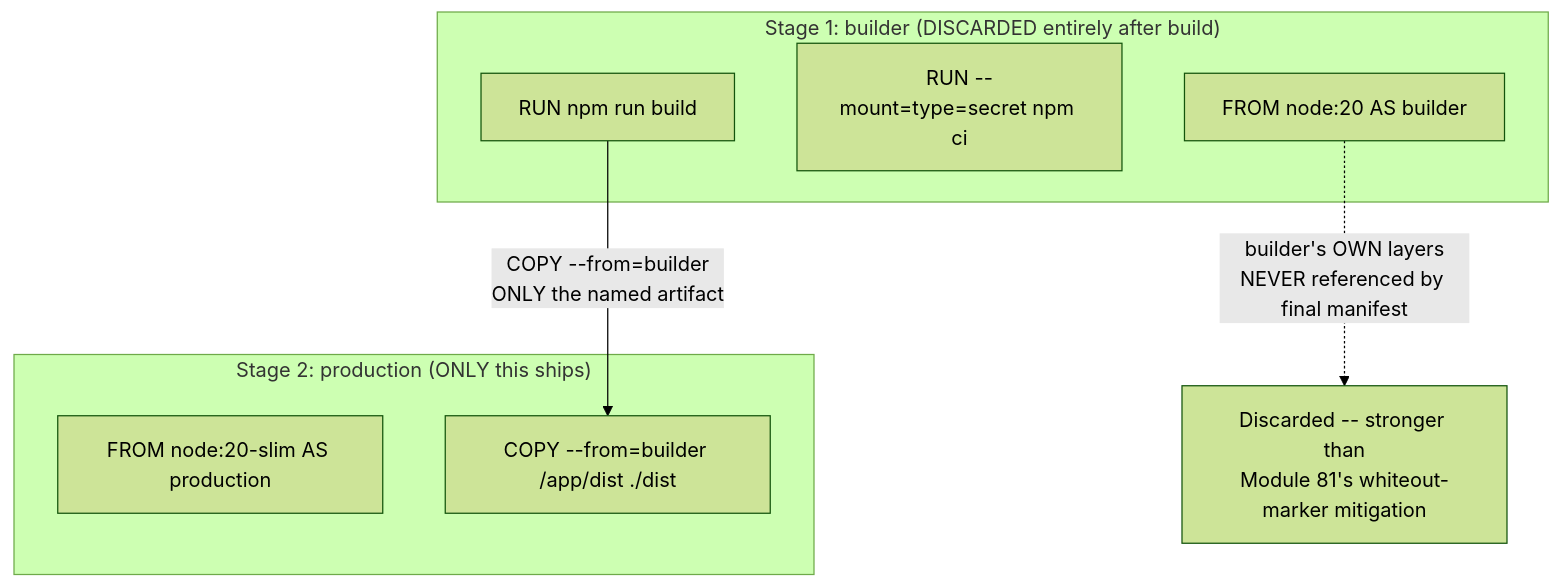
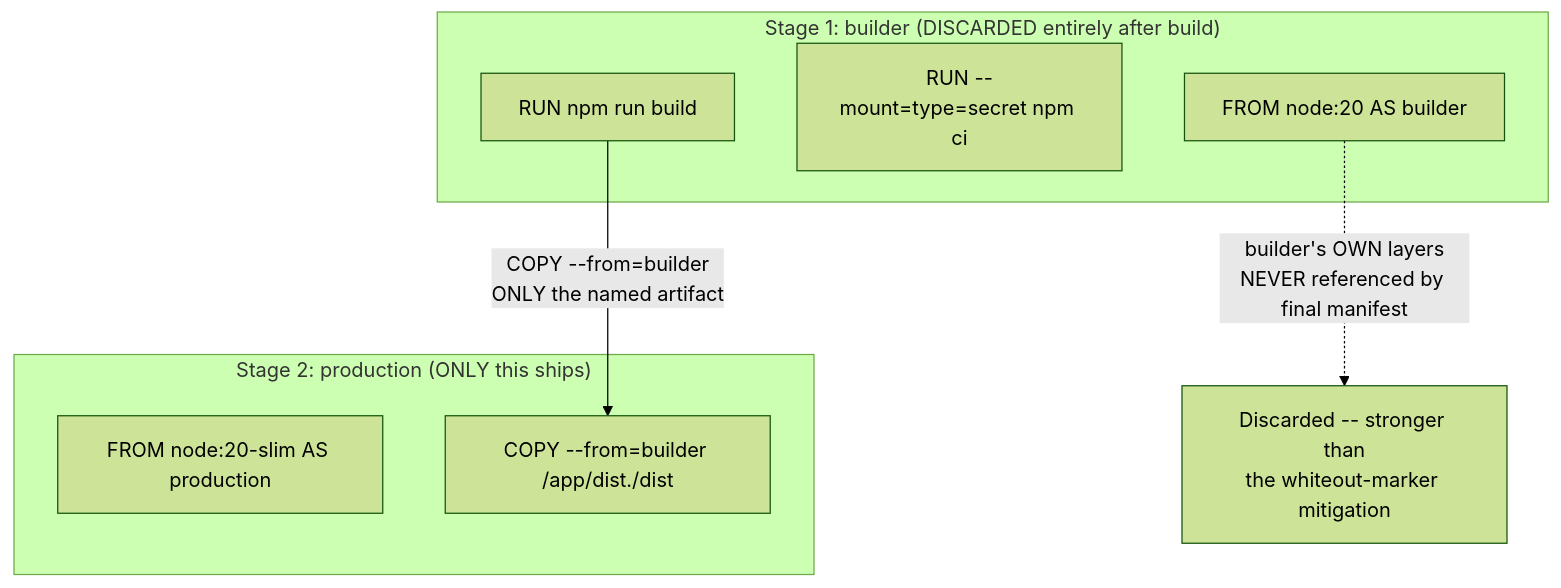
Before and after one commit to umashankarp/InterviewQuestions: the first of 4 diagrams in 24-Docker/02-Dockerfile-Optimization-MultiStageBuilds.md, drawn with Mermaid (forest theme). The commit also changed other lines of this file and 173 other files, not shown here.

````diff
--- a/24-Docker/02-Dockerfile-Optimization-MultiStageBuilds.md
+++ b/24-Docker/02-Dockerfile-Optimization-MultiStageBuilds.md
@@ -60,14 +60,14 @@
 ```mermaid
 graph TB
-    subgraph "Stage 1: builder (DISCARDED entirely after build)"
-        B1["FROM node:20 AS builder"]
-        B2["RUN --mount=type=secret npm ci"]
-        B3["RUN npm run build"]
-    end
-    subgraph "Stage 2: production (ONLY this ships)"
-        P1["FROM node:20-slim AS production"]
-        P2["COPY --from=builder /app/dist ./dist"]
-    end
-    B3 -->|"COPY --from=builder<br/>ONLY the named artifact"| P2
-    B1 -.->|"builder's OWN layers<br/>NEVER referenced by final manifest"| Discarded["Discarded -- stronger than<br/>Module 81's whiteout-marker mitigation"]
+ subgraph "Stage 1: builder (DISCARDED entirely after build)"
+ B1["FROM node:20 AS builder"]
+ B2["RUN --mount=type=secret npm ci"]
+ B3["RUN npm run build"]
+ end
+ subgraph "Stage 2: production (ONLY this ships)"
+ P1["FROM node:20-slim AS production"]
+ P2["COPY --from=builder /app/dist./dist"]
+ end
+ B3 -->|"COPY --from=builder<br/>ONLY the named artifact"| P2
+ B1 -.->|"builder's OWN layers<br/>NEVER referenced by final manifest"| Discarded["Discarded -- stronger than<br/>the whiteout-marker mitigation"]
 ```
````
